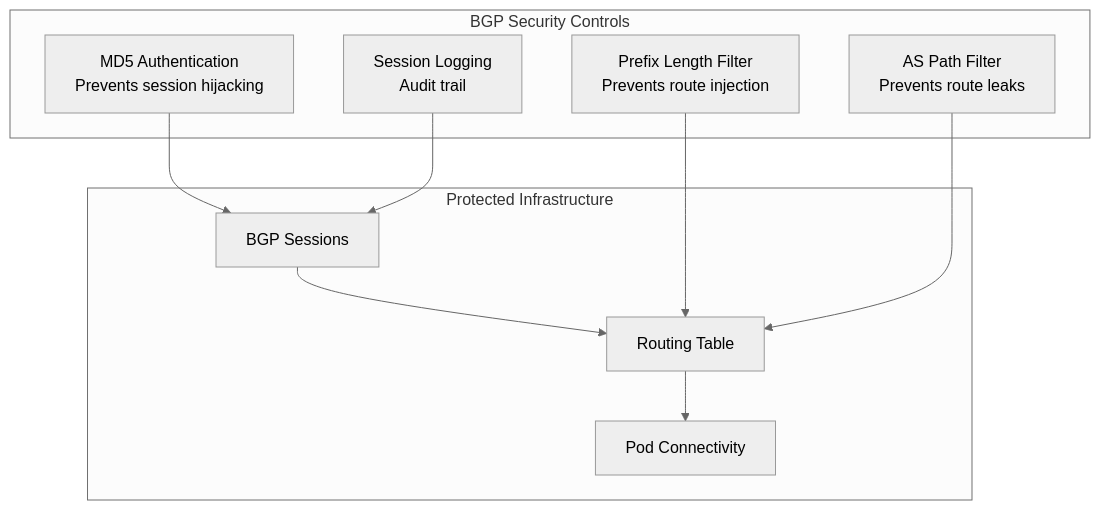
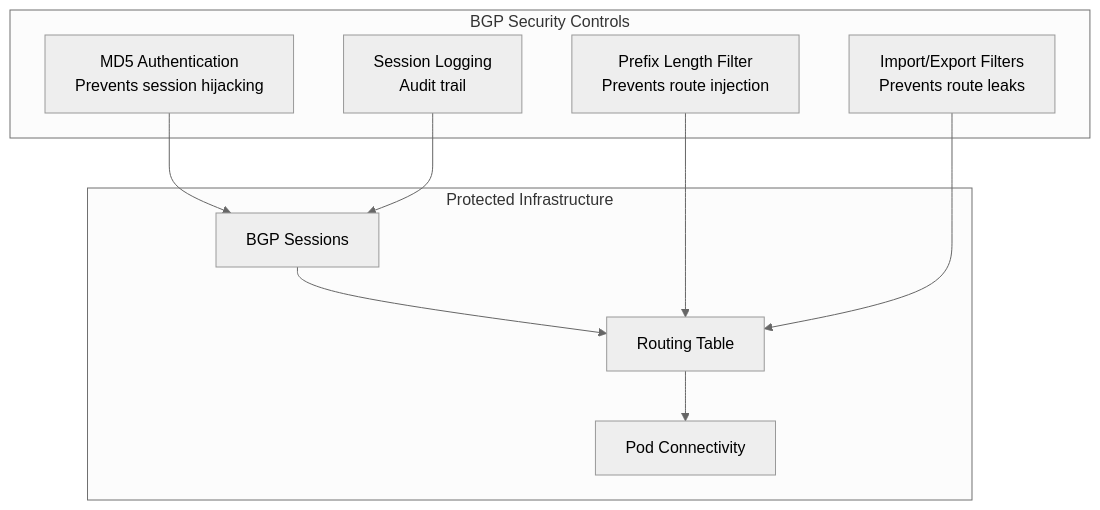
One commit to OneUptime/blog changed the diagram in posts/2026-03-13-validate-bgp-security-designs-calico/README.md. Above: the diagram before and after it, drawn with Mermaid (neutral theme). The commit also changed other lines of this file and 2 other files, not shown here.

````diff
--- a/posts/2026-03-13-validate-bgp-security-designs-calico/README.md
+++ b/posts/2026-03-13-validate-bgp-security-designs-calico/README.md
@@ -87,17 +116,17 @@
 ```mermaid
 graph TB
     subgraph BGP Security Controls
         L1[MD5 Authentication\nPrevents session hijacking]
         L2[Prefix Length Filter\nPrevents route injection]
-        L3[AS Path Filter\nPrevents route leaks]
+        L3[Import/Export Filters\nPrevents route leaks]
         L4[Session Logging\nAudit trail]
     end
     subgraph Protected Infrastructure
         BGP_SESSION[BGP Sessions] --> ROUTING[Routing Table]
         ROUTING --> PODS[Pod Connectivity]
     end
     L1 --> BGP_SESSION
     L2 --> ROUTING
     L3 --> ROUTING
     L4 --> BGP_SESSION
 ```
````
